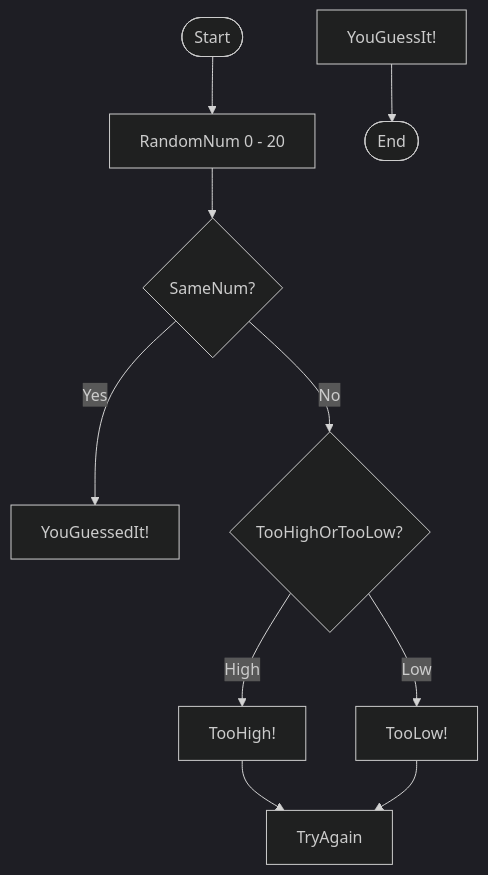
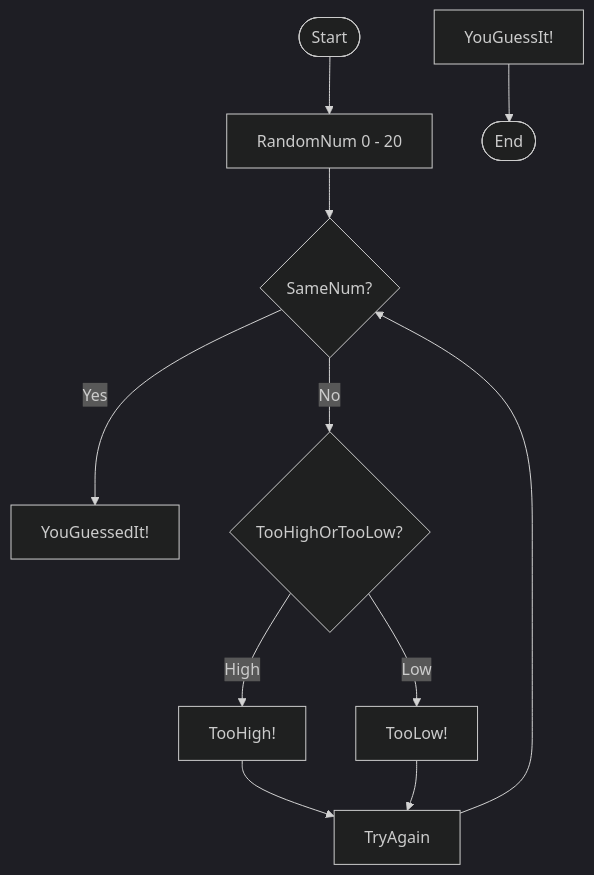
One commit to Fate127/Fate127.github.io changed the diagram in README.md. Above: the diagram before and after it, drawn with Mermaid (dark theme).

````diff
--- a/README.md
+++ b/README.md
@@ -22,12 +22,13 @@
 ```mermaid
 flowchart TD
 Start([Start]) --> RandomNum[RandomNum 0 - 20]
 RandomNum --> SameNum?{SameNum?}
 SameNum? -- Yes --> YouGuessedIt![YouGuessedIt!]
 SameNum? -- No --> TooHighOrTooLow?{TooHighOrTooLow?}
 TooHighOrTooLow? -- High --> TooHigh![TooHigh!]
 TooHighOrTooLow? -- Low --> TooLow![TooLow!]
 TooHigh! --> TryAgain[TryAgain]
 TooLow! --> TryAgain[TryAgain]
+TryAgain --> SameNum?
 YouGuessIt! --> End([End])
 ```
````
